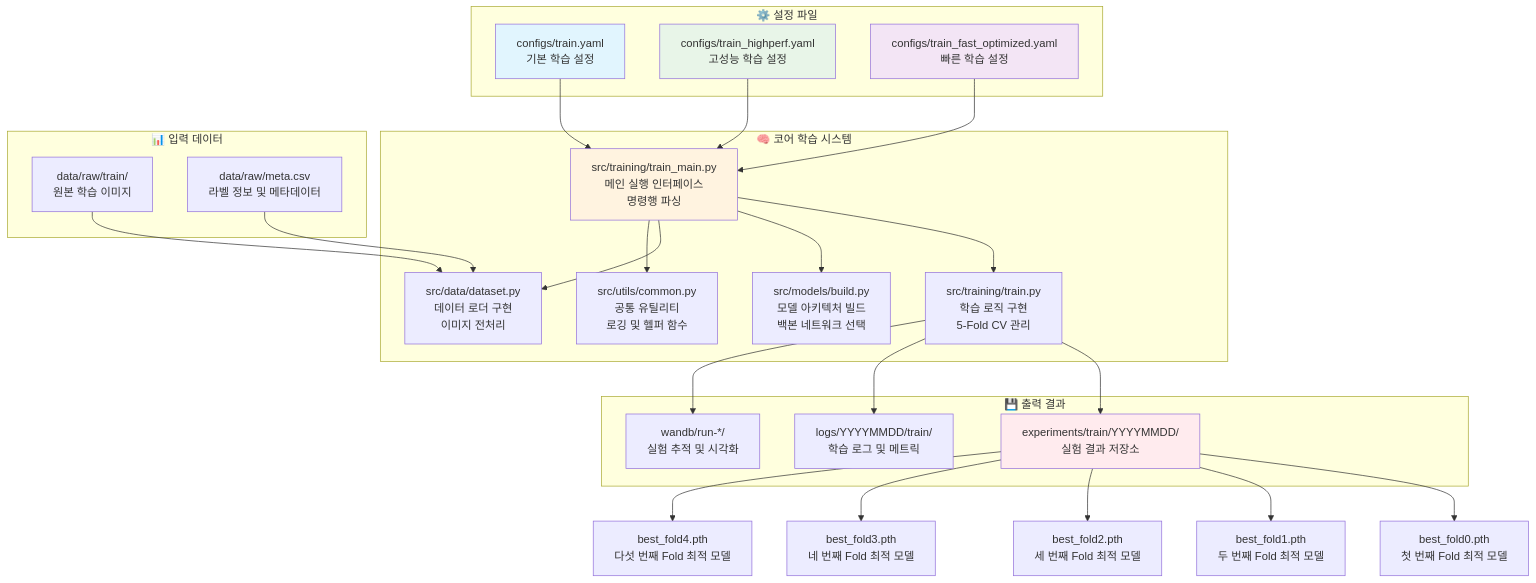
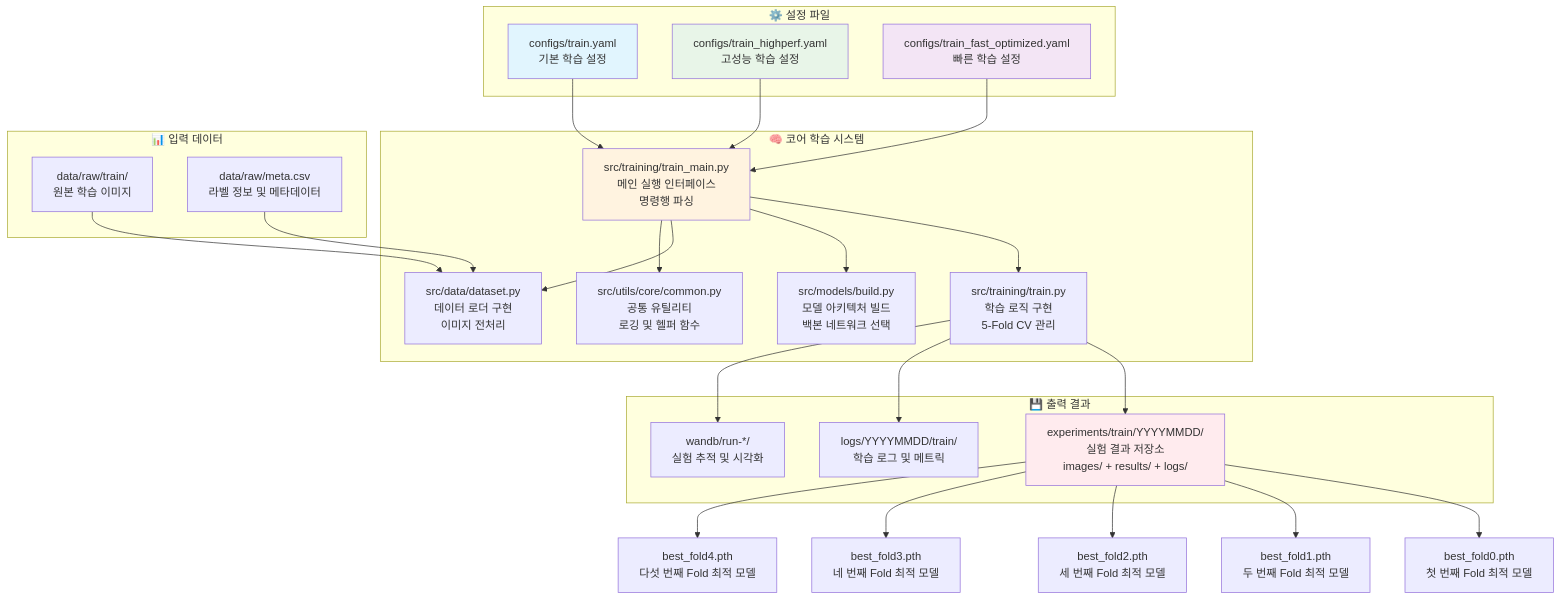
One commit to nimnusmik/CV_documents_classification_competition changed the third of 3 diagrams in docs/학습_파이프라인_가이드.md. Above: the diagram before and after it, drawn with Mermaid. The commit also changed other lines of this file and 2 other files, not shown here.

First line of the commit message:
feat: experiments 디렉토리 구조 변경사항 문서 반영

````diff
--- a/docs/학습_파이프라인_가이드.md
+++ b/docs/학습_파이프라인_가이드.md
@@ -50,55 +50,55 @@
 ```mermaid
 graph TB
     subgraph "⚙️ 설정 파일"
         CONFIG1[configs/train.yaml<br/>기본 학습 설정]
         CONFIG2[configs/train_highperf.yaml<br/>고성능 학습 설정]
         CONFIG3[configs/train_fast_optimized.yaml<br/>빠른 학습 설정]
     end
     
     subgraph "🧠 코어 학습 시스템"
         MAIN[src/training/train_main.py<br/>메인 실행 인터페이스<br/>명령행 파싱]
         TRAIN[src/training/train.py<br/>학습 로직 구현<br/>5-Fold CV 관리]
         MODELS[src/models/build.py<br/>모델 아키텍처 빌드<br/>백본 네트워크 선택]
         DATA[src/data/dataset.py<br/>데이터 로더 구현<br/>이미지 전처리]
-        UTILS[src/utils/common.py<br/>공통 유틸리티<br/>로깅 및 헬퍼 함수]
+        UTILS[src/utils/core/common.py<br/>공통 유틸리티<br/>로깅 및 헬퍼 함수]
     end
     
     subgraph "📊 입력 데이터"
         RAW[data/raw/train/<br/>원본 학습 이미지]
         META[data/raw/meta.csv<br/>라벨 정보 및 메타데이터]
     end
     
     subgraph "💾 출력 결과"
-        EXP[experiments/train/YYYYMMDD/<br/>실험 결과 저장소]
+        EXP[experiments/train/YYYYMMDD/<br/>실험 결과 저장소<br/>images/ + results/ + logs/]
         LOGS[logs/YYYYMMDD/train/<br/>학습 로그 및 메트릭]
         WANDB[wandb/run-*/<br/>실험 추적 및 시각화]
     end
     
     CONFIG1 --> MAIN
     CONFIG2 --> MAIN
     CONFIG3 --> MAIN
     
     MAIN --> TRAIN
     MAIN --> MODELS
     MAIN --> DATA
     MAIN --> UTILS
     
     RAW --> DATA
     META --> DATA
     
     TRAIN --> EXP
     TRAIN --> LOGS
     TRAIN --> WANDB
     
     EXP --> FOLD1[best_fold0.pth<br/>첫 번째 Fold 최적 모델]
     EXP --> FOLD2[best_fold1.pth<br/>두 번째 Fold 최적 모델]
     EXP --> FOLD3[best_fold2.pth<br/>세 번째 Fold 최적 모델]
     EXP --> FOLD4[best_fold3.pth<br/>네 번째 Fold 최적 모델]
     EXP --> FOLD5[best_fold4.pth<br/>다섯 번째 Fold 최적 모델]
     
     style CONFIG1 fill:#e1f5fe
     style CONFIG2 fill:#e8f5e8
     style CONFIG3 fill:#f3e5f5
     style MAIN fill:#fff3e0
     style EXP fill:#ffebee
 ```
````
